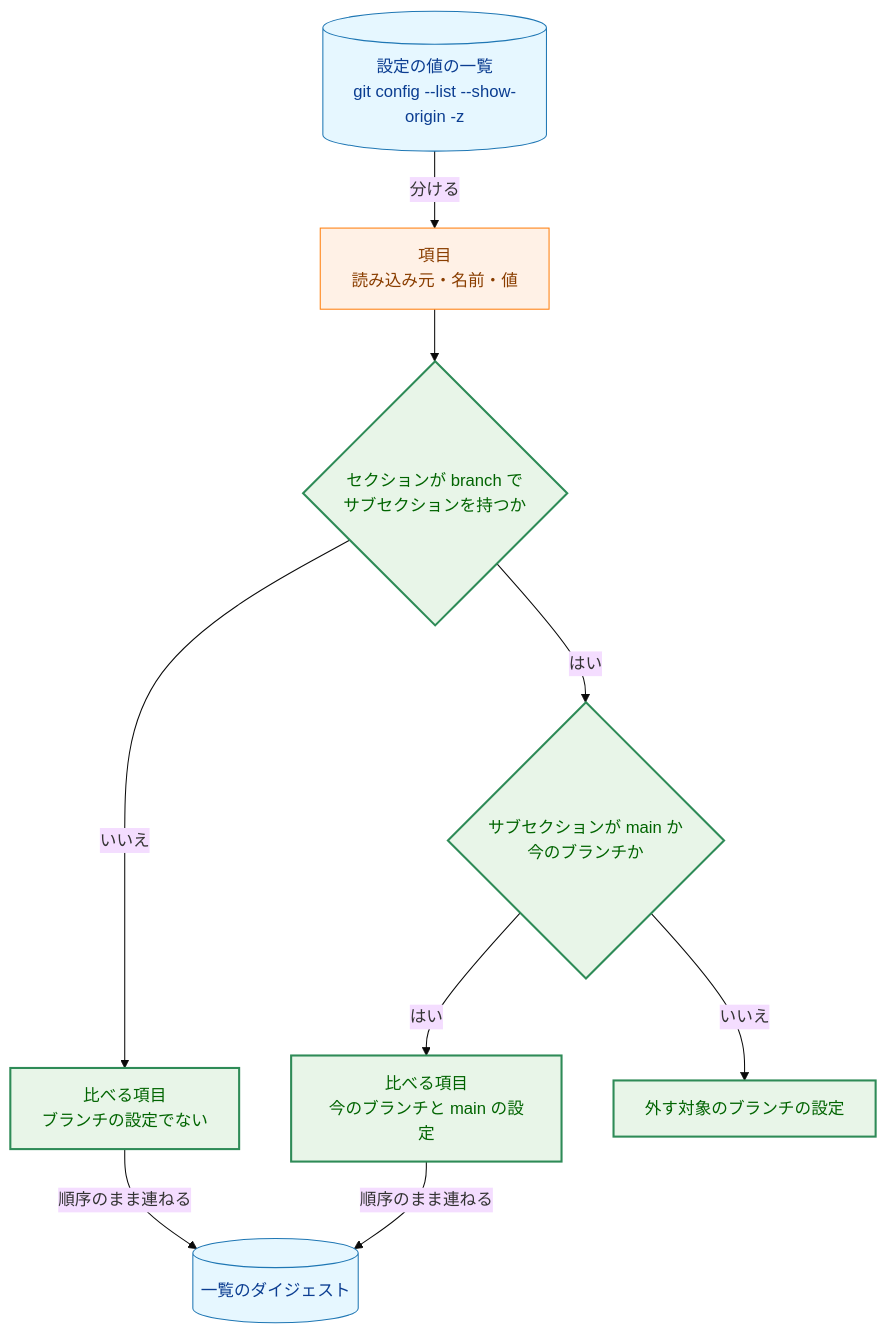
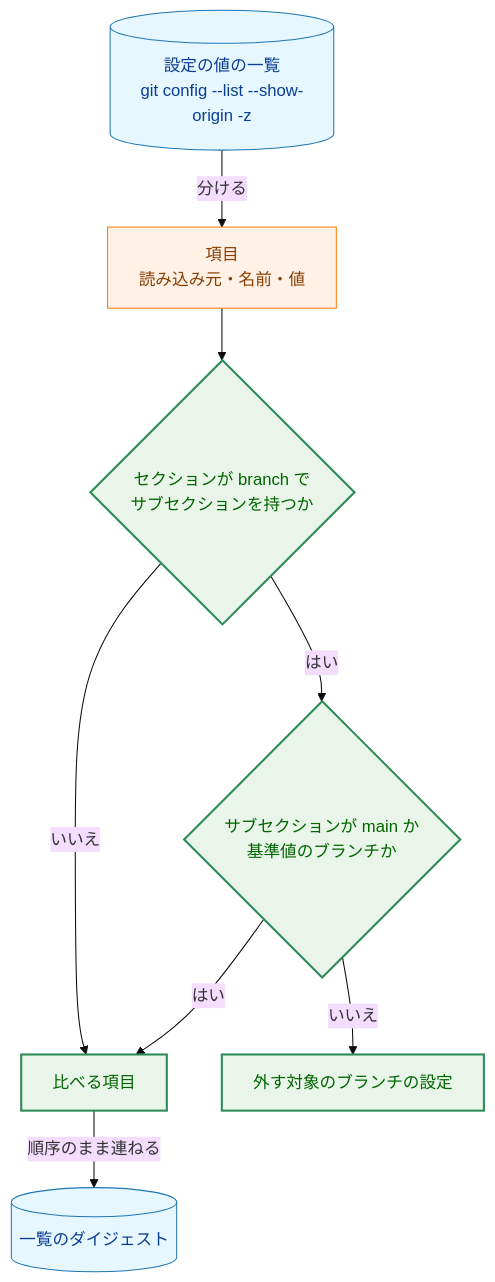
The first of 9 diagrams in docs/tasks/0035_fixprguard_branch_config/02_architecture.md (isseis/yt2column), drawn with Mermaid (base theme) before and after one commit. The commit also changed other lines of this file, not shown here.

First line of the commit message:
docs(0035): address the architecture review findings

````diff
--- a/docs/tasks/0035_fixprguard_branch_config/02_architecture.md
+++ b/docs/tasks/0035_fixprguard_branch_config/02_architecture.md
@@ -70,28 +78,26 @@
 ```mermaid
 flowchart TD
     classDef data fill:#e6f7ff,stroke:#1f77b4,stroke-width:1px,color:#0b3d91;
     classDef process fill:#fff1e6,stroke:#ff7f0e,stroke-width:1px,color:#8a3e00;
     classDef enhanced fill:#e8f5e8,stroke:#2e8b57,stroke-width:2px,color:#006400;
 
     LIST[("設定の値の一覧<br>git config --list --show-origin -z")]
     ITEM["項目<br>読み込み元・名前・値"]
     Q1{"セクションが branch で<br>サブセクションを持つか"}
-    Q2{"サブセクションが main か<br>今のブランチか"}
-    KEEP1["比べる項目<br>ブランチの設定でない"]
-    KEEP2["比べる項目<br>今のブランチと main の設定"]
+    Q2{"サブセクションが main か<br>基準値のブランチか"}
+    KEEP["比べる項目"]
     DROP["外す対象のブランチの設定"]
     DIGEST[("一覧のダイジェスト")]
 
     LIST -->|"分ける"| ITEM
     ITEM --> Q1
-    Q1 -->|"いいえ"| KEEP1
+    Q1 -->|"いいえ"| KEEP
     Q1 -->|"はい"| Q2
-    Q2 -->|"はい"| KEEP2
+    Q2 -->|"はい"| KEEP
     Q2 -->|"いいえ"| DROP
-    KEEP1 -->|"順序のまま連ねる"| DIGEST
-    KEEP2 -->|"順序のまま連ねる"| DIGEST
+    KEEP -->|"順序のまま連ねる"| DIGEST
 
     class LIST,DIGEST data
     class ITEM process
-    class Q1,Q2,KEEP1,KEEP2,DROP enhanced
+    class Q1,Q2,KEEP,DROP enhanced
 ```
````
